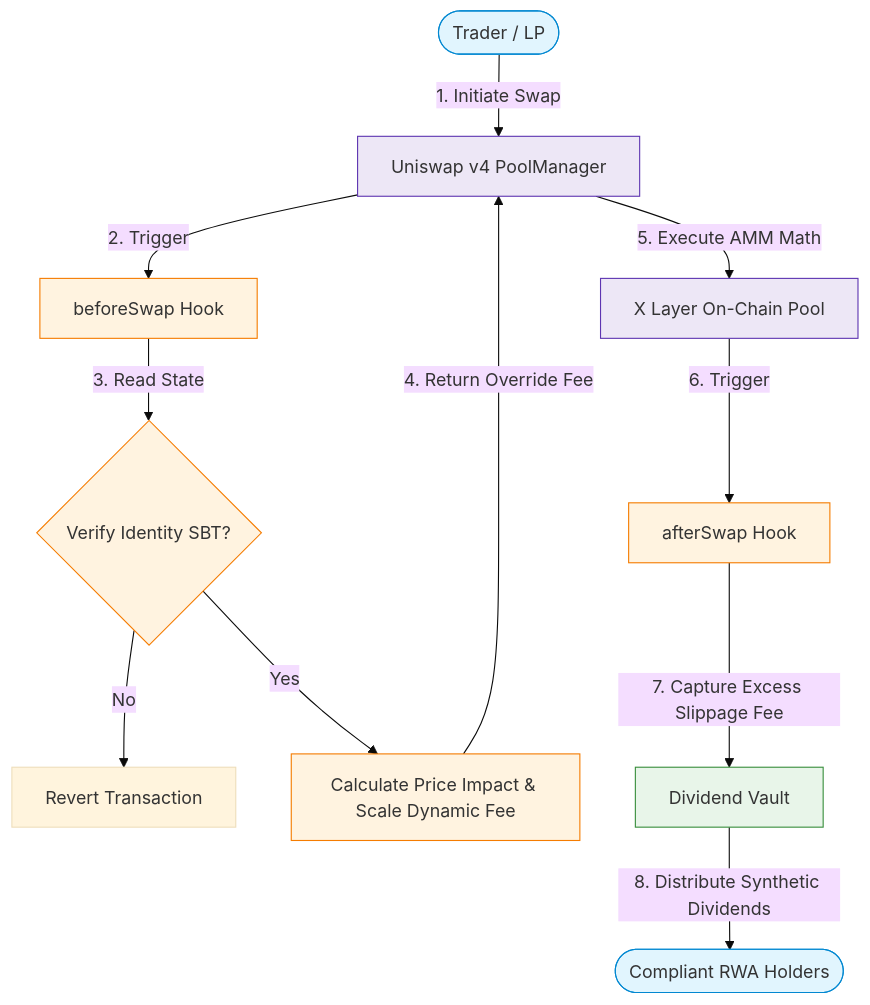
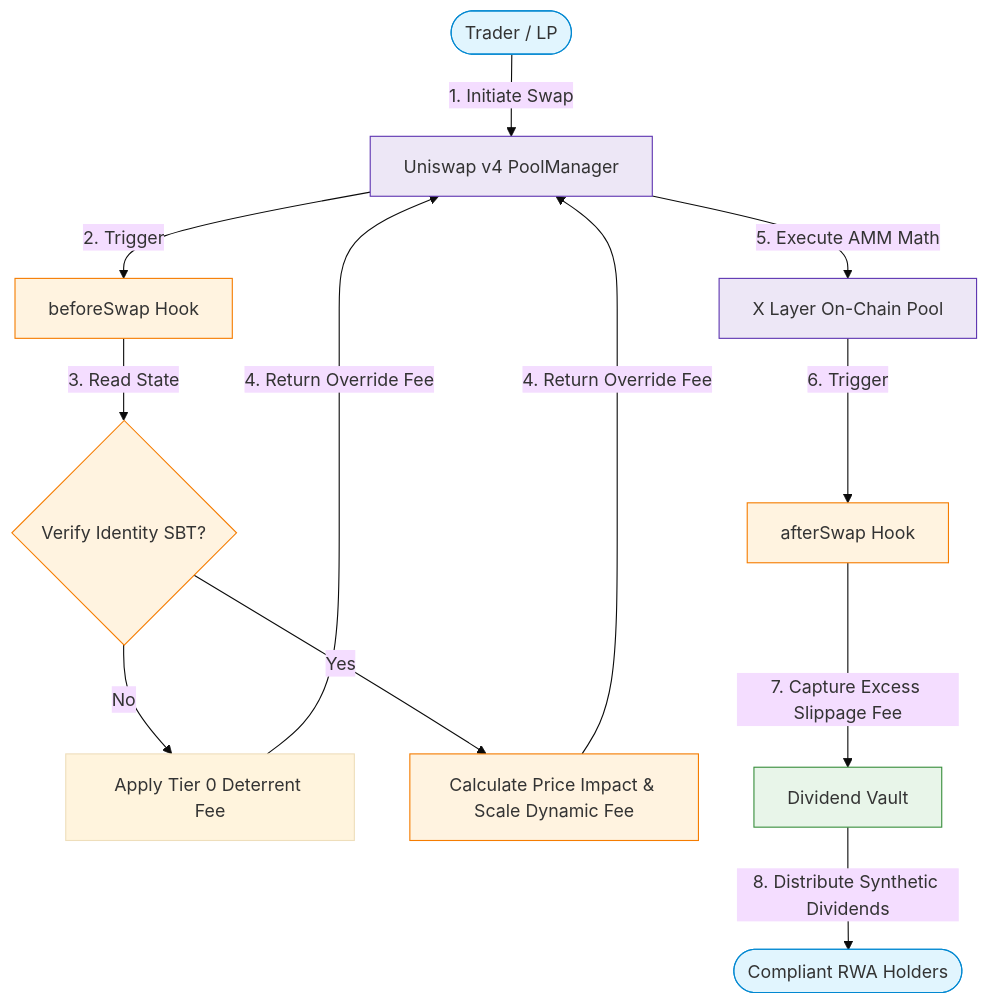
One commit to deerweek/EquiHook changed the diagram in README.md. Above: the diagram before and after it, drawn with Mermaid (base theme). The commit also changed other lines of this file and 27 other files, not shown here.

````diff
--- a/README.md
+++ b/README.md
@@ -9,26 +11,27 @@
 ```mermaid
 graph TD
     User([Trader / LP]) -->|1. Initiate Swap| PM[Uniswap v4 PoolManager]
 
     PM -->|2. Trigger| BS[beforeSwap Hook]
     BS -->|3. Read State| SBT{Verify Identity SBT?}
-    SBT -->|No| Revert[Revert Transaction]
+    SBT -->|No| Tier0[Apply Tier 0 Deterrent Fee]
     SBT -->|Yes| Calc[Calculate Price Impact & Scale Dynamic Fee]
+    Tier0 -->|4. Return Override Fee| PM
     Calc -->|4. Return Override Fee| PM
 
     PM -->|5. Execute AMM Math| Pool[X Layer On-Chain Pool]
 
     Pool -->|6. Trigger| AS[afterSwap Hook]
     AS -->|7. Capture Excess Slippage Fee| Vault[Dividend Vault]
     Vault -->|8. Distribute Synthetic Dividends| HODLer([Compliant RWA Holders])
 
     classDef user fill:#E1F5FE,stroke:#0288D1;
     classDef core fill:#EDE7F6,stroke:#5E35B1;
     classDef hook fill:#FFF3E0,stroke:#F57C00;
     classDef vault fill:#E8F5E9,stroke:#388E3C;
 
     class User,HODLer user;
     class PM,Pool core;
     class BS,AS,Calc,SBT hook;
     class Vault vault;
 ```
````
